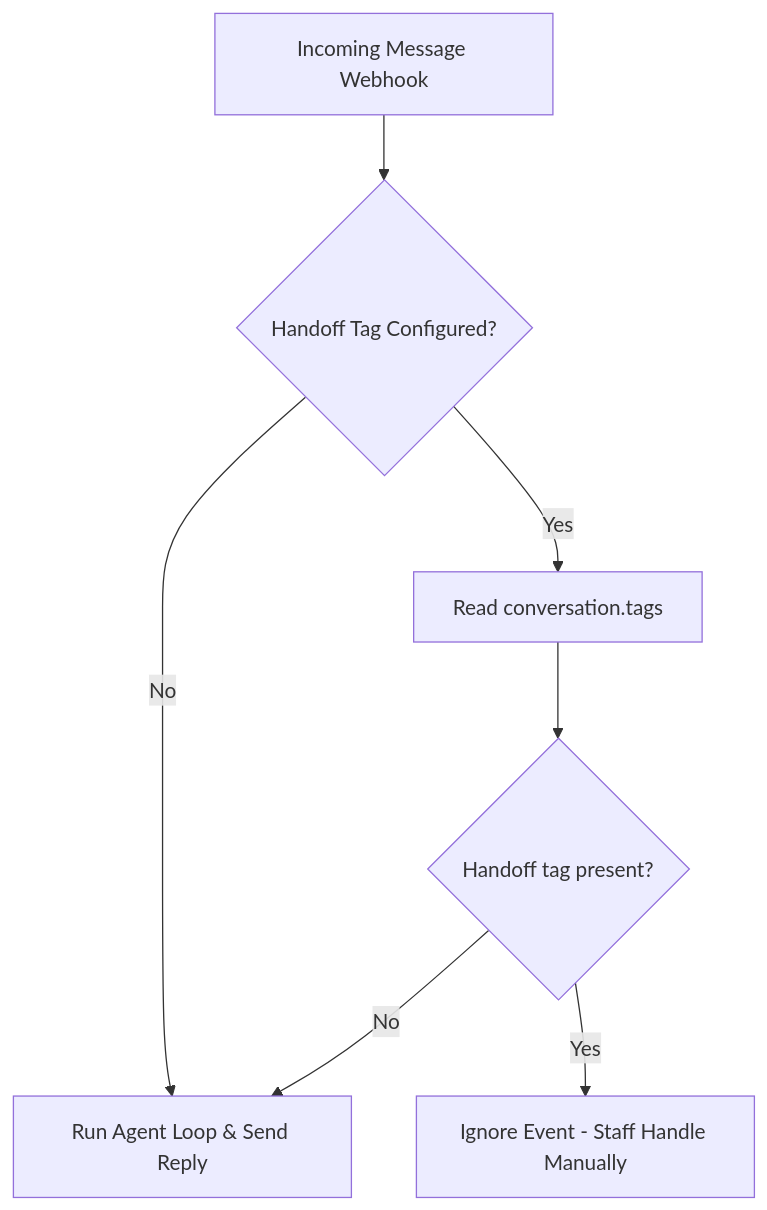
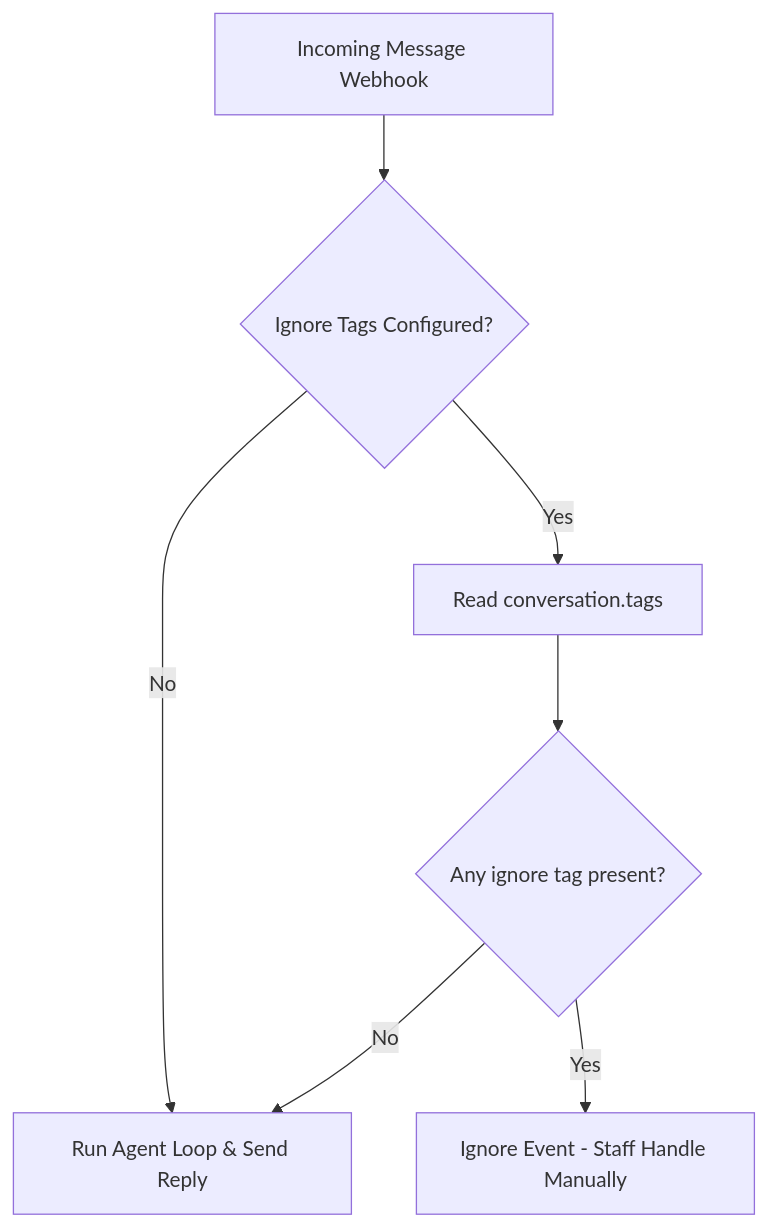
One commit to beeblastco/broods changed the diagram in docs/channels/pancake.md. Above: the diagram before and after it, drawn with Mermaid. The commit also changed other lines of this file and 69 other files, not shown here.

````diff
--- a/docs/channels/pancake.md
+++ b/docs/channels/pancake.md
@@ -46,9 +50,9 @@
 ```mermaid
 flowchart TD
-    Webhook[Incoming Message Webhook] --> CheckHandoff{Handoff Tag Configured?}
+    Webhook[Incoming Message Webhook] --> CheckHandoff{Ignore Tags Configured?}
     CheckHandoff -- No --> ExecuteAgent[Run Agent Loop & Send Reply]
     CheckHandoff -- Yes --> ReadTags[Read conversation.tags]
-    ReadTags --> HasTag{Handoff tag present?}
+    ReadTags --> HasTag{Any ignore tag present?}
     HasTag -- No --> ExecuteAgent
     HasTag -- Yes --> SkipAgent[Ignore Event - Staff Handle Manually]
 ```
````
